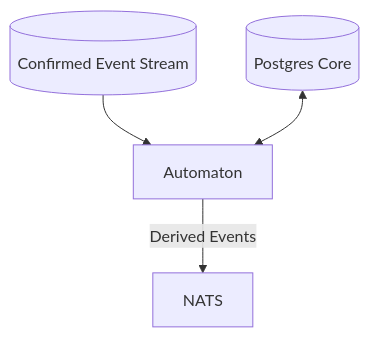
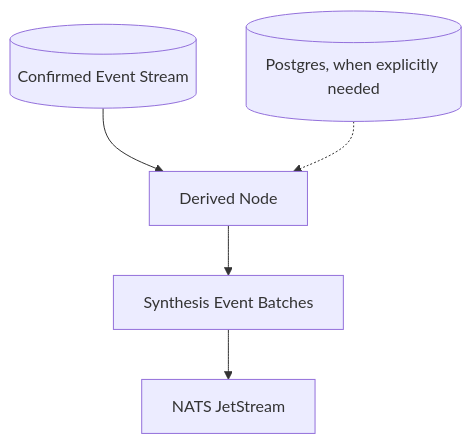
Before and after one commit to Sinity/sinex: the second of 2 diagrams in crate/lib/sinex-node-sdk/docs/patterns.md, drawn with Mermaid. The commit also changed other lines of this file and 90 other files, not shown here.

````diff
--- a/crate/lib/sinex-node-sdk/docs/patterns.md
+++ b/crate/lib/sinex-node-sdk/docs/patterns.md
@@ -43,6 +59,7 @@
 ```mermaid
 graph TD
-    Stream[(Confirmed Event Stream)] --> Automaton
-    DB[(Postgres Core)] <--> Automaton
-    Automaton -->|Derived Events| NATS
+    Confirmed[(Confirmed Event Stream)] --> Derived[Derived Node]
+    DB[(Postgres, when explicitly needed)] -.-> Derived
+    Derived --> Synth[Synthesis Event Batches]
+    Synth --> NATS[NATS JetStream]
 ```
````
